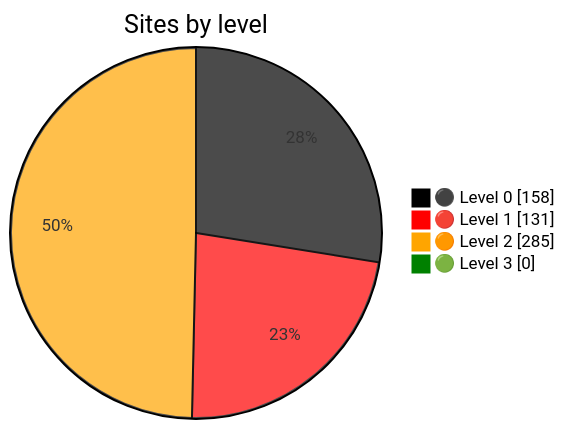
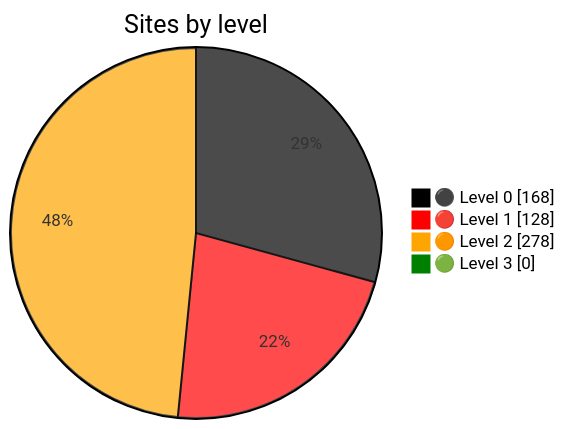
One commit to Dushmilan/gov_lk_web_auditor changed the diagram in README.md. Above: the diagram before and after it, drawn with Mermaid. The commit also changed other lines of this file and 2571 other files, not shown here.

````diff
--- a/README.md
+++ b/README.md
@@ -24,9 +24,9 @@
 ```mermaid
 %%{init: {"themeVariables":{"pie1":"black","pie2":"red","pie3":"orange","pie4":"green"}}}%%
 pie showData
     title Sites by level
-    "⚫ Level 0" : 158
-    "🔴 Level 1" : 131
-    "🟠 Level 2" : 285
+    "⚫ Level 0" : 168
+    "🔴 Level 1" : 128
+    "🟠 Level 2" : 278
     "🟢 Level 3" : 0
 ```
````
